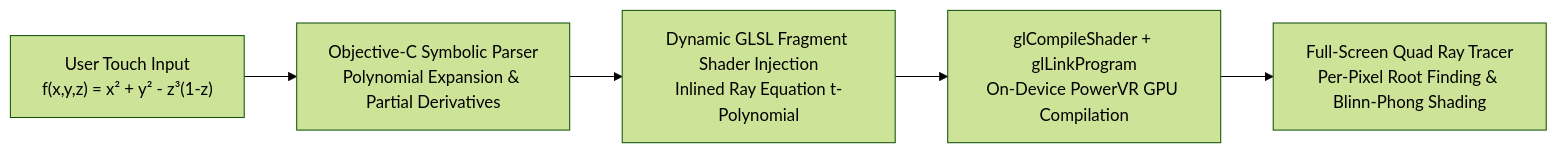
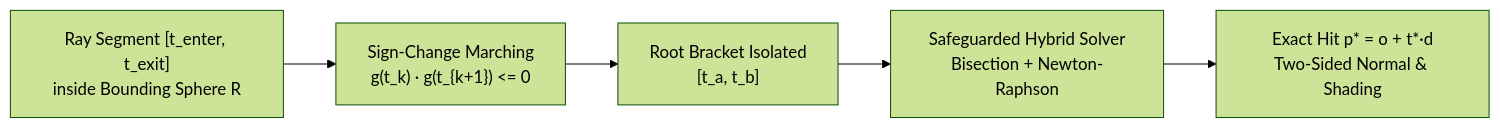
The diagram in content/posts/isurfer-gpu-raytracing-algebraic-surfaces-ios.md (daniazar/appzar), drawn with Mermaid (forest theme) before and after one commit. The commit also changed other lines of this file and 391 other files, not shown here.

````diff
--- a/content/posts/isurfer-gpu-raytracing-algebraic-surfaces-ios.md
+++ b/content/posts/isurfer-gpu-raytracing-algebraic-surfaces-ios.md
@@ -38,7 +54,7 @@
 ```mermaid
 flowchart LR
-    A["User Touch Input\nf(x,y,z) = x² + y² - z³(1-z)"] --> B["Objective-C Symbolic Parser\nPolynomial Expansion & Partial Derivatives"]
-    B --> C["Dynamic GLSL Fragment Shader Injection\nInlined Ray Equation t-Polynomial"]
-    C --> D["glCompileShader + glLinkProgram\nOn-Device PowerVR GPU Compilation"]
-    D --> E["Full-Screen Quad Ray Tracer\nPer-Pixel Root Finding & Blinn-Phong Shading"]
+    A["Ray Segment [t_enter, t_exit]\ninside Bounding Sphere R"] --> B["Sign-Change Marching\ng(t_k) · g(t_{k+1}) <= 0"]
+    B --> C["Root Bracket Isolated\n[t_a, t_b]"]
+    C --> D["Safeguarded Hybrid Solver\nBisection + Newton-Raphson"]
+    D --> E["Exact Hit p* = o + t*·d\nTwo-Sided Normal & Shading"]
 ```
````
